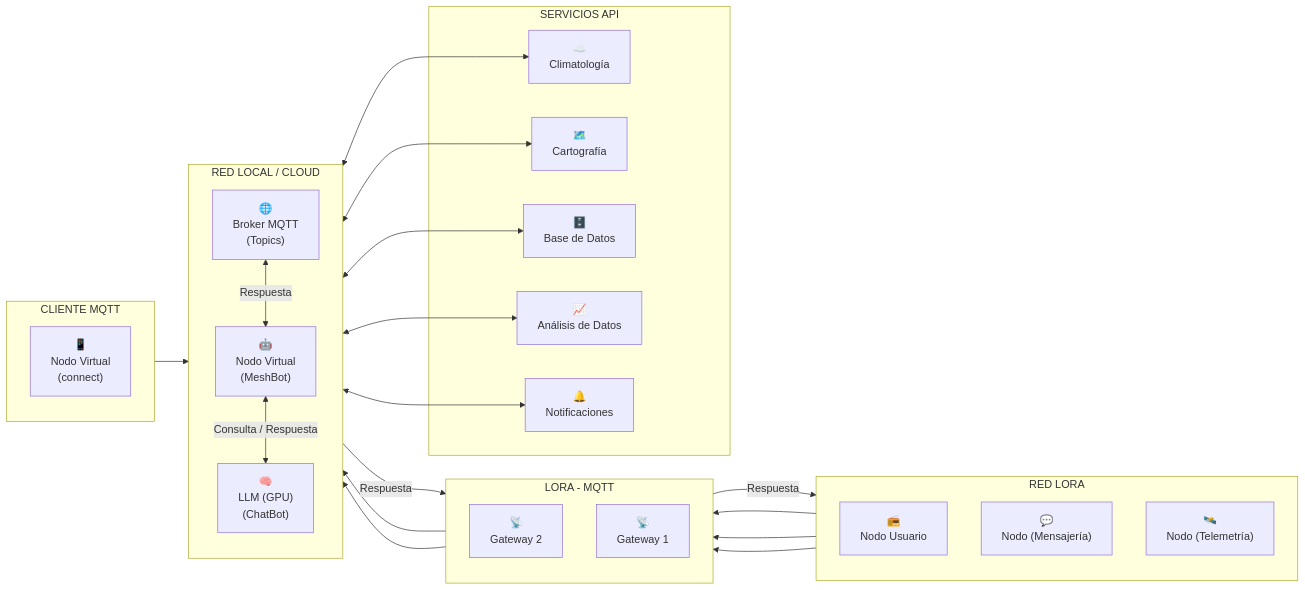
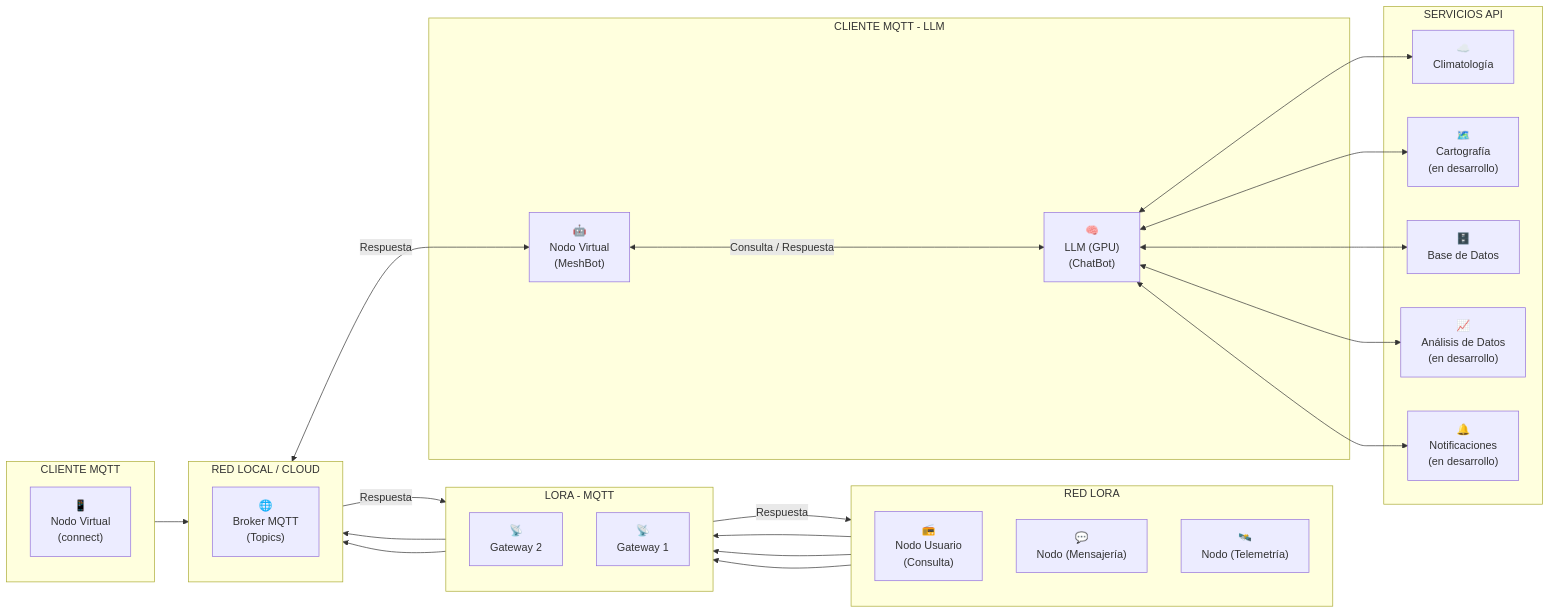
One commit to lhupyn/meshbot changed the diagram in README.md. Above: the diagram before and after it, drawn with Mermaid. The commit also changed other lines of this file, not shown here.

````diff
--- a/README.md
+++ b/README.md
@@ -5,55 +5,60 @@
 ```mermaid
 flowchart LR
     subgraph RED LORA
         direction TB
-        RU["📻<br>Nodo Usuario"]
+        RU["📻<br>Nodo Usuario<br>(Consulta)"]
         RM["💬<br>Nodo (Mensajería)"]
         RT["🛰️<br>Nodo (Telemetría)"]
     end
 
     subgraph LORA - MQTT
         direction TB
         G2["📡<br>Gateway 2"]
         G1["📡<br>Gateway 1"]
     end
 
    subgraph CLIENTE MQTT
         direction TB
         MO["📱<br>Nodo Virtual<br>(connect)"]
     end
 
+   subgraph CLIENTE MQTT - LLM
+        MB["🤖<br>Nodo Virtual<br>(MeshBot)"]
+        IA["🧠<br>LLM (GPU)<br>(ChatBot)"]
+    end
+
     subgraph RED LOCAL / CLOUD
         direction TB
         MB["🤖<br>Nodo Virtual<br>(MeshBot)"]
         M["🌐<br>Broker MQTT<br>(Topics)"]
         IA["🧠<br>LLM (GPU)<br>(ChatBot)"]
     end
 
     subgraph SERVICIOS API
         CLI["☁️<br>Climatología"]
-        GEO["🗺️<br>Cartografía"]
+        GEO["🗺️<br>Cartografía<br>(en desarrollo)"]
         BD["🗄️<br>Base de Datos"]
-        AD["📈<br>Análisis de Datos"]
-        N["🔔<br>Notificaciones"]
+        AD["📈<br>Análisis de Datos<br>(en desarrollo)"]
+        N["🔔<br>Notificaciones<br>(en desarrollo)"]
     end
 
     %% Flujo de Entrada
     RM --> G2
     RT --> G2
     RU --> G1
     G1 --> M
     G2 --> M
     MO --> M
     %% Flujo Interno y Procesamiento
     M <-->|Respuesta| MB
     MB <-->|Consulta / Respuesta| IA
     %% Flujo Externo y Datos
     IA <--> CLI
     IA <--> GEO
     IA <--> BD
     IA <--> AD
     IA <--> N
     %% Flujo de Salida
     M -- "Respuesta" --> G1
     G1 -- "Respuesta" --> RU
 ```
````
